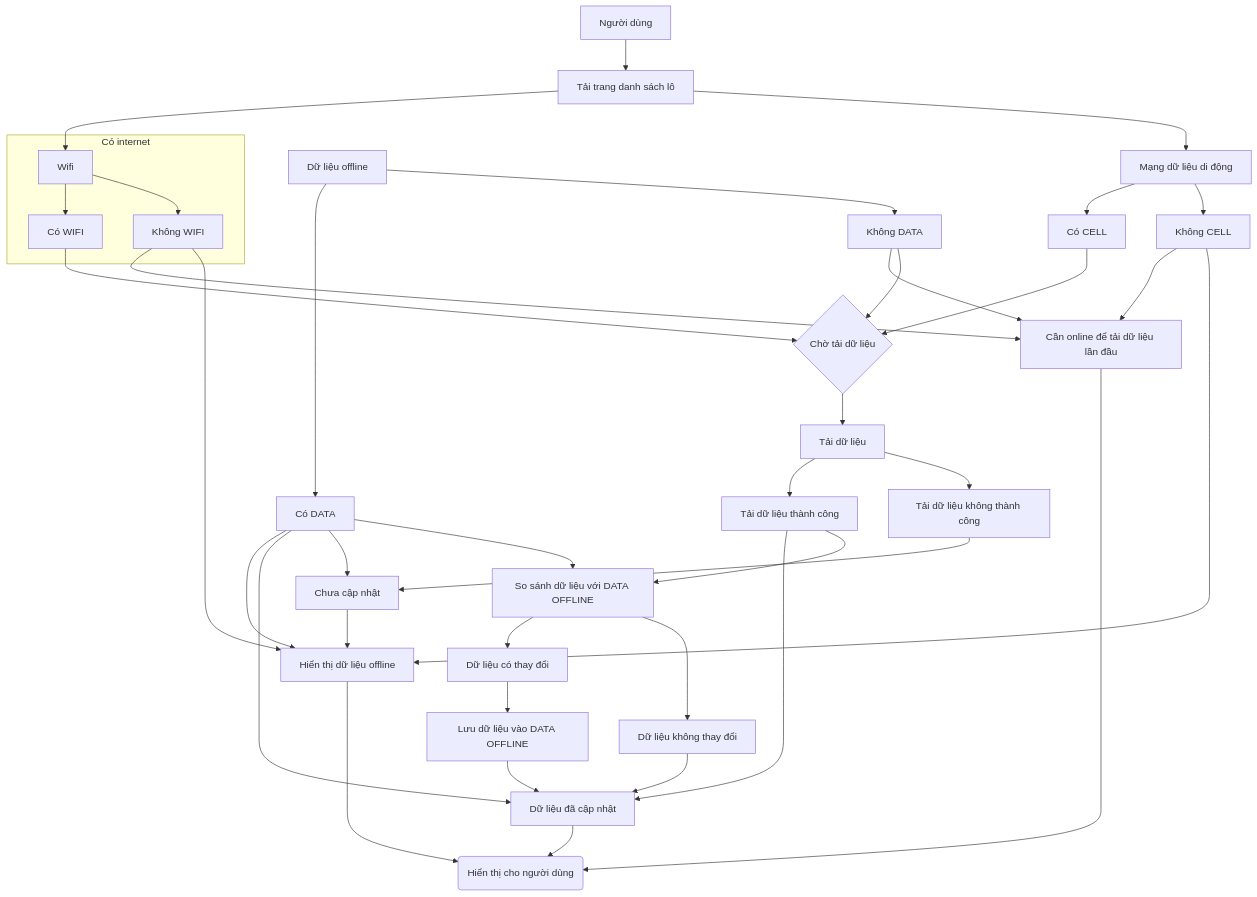
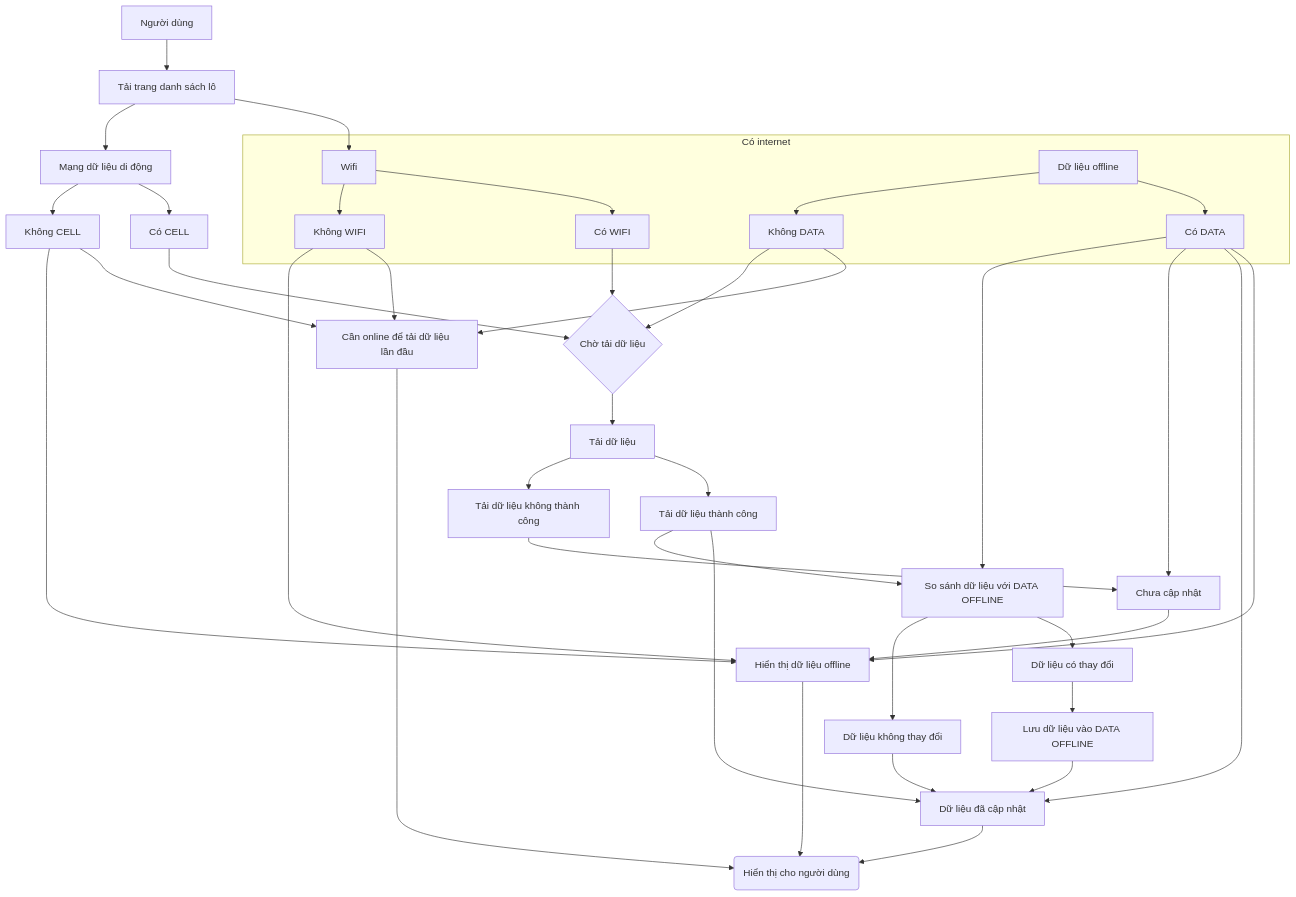
The diagram in docs/batches-flow.md (trethanhphat/tre-thanh-phat-pwa-docs), drawn with Mermaid before and after one commit.

```diff
--- a/docs/batches-flow.md
+++ b/docs/batches-flow.md
@@ -22,13 +22,14 @@
 WIFI["Wifi"]
     WIFI --> WIFI-Y["Có WIFI"]
     WIFI --> WIFI-N["Không WIFI"]
+
+DATA["Dữ liệu offline"]
+    DATA --> DATA-Y["Có DATA"]
+    DATA --> DATA-N["Không DATA"]
 end
 
 
-DATA["Dữ liệu offline"]
 
-DATA --> DATA-Y["Có DATA"]
-DATA --> DATA-N["Không DATA"]
 
 
 
```
